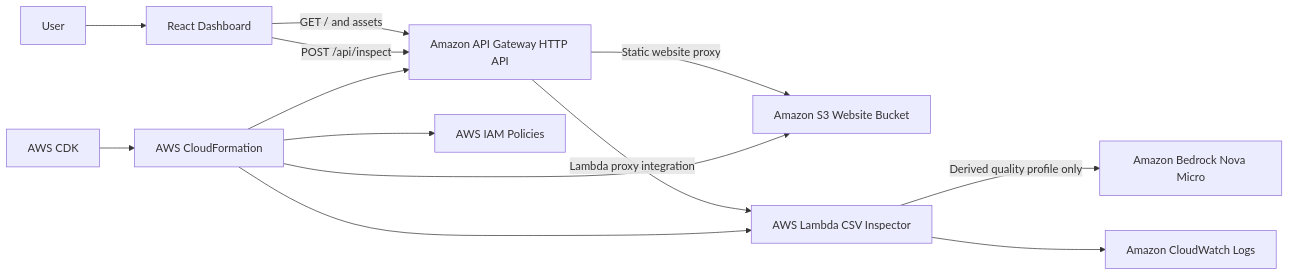
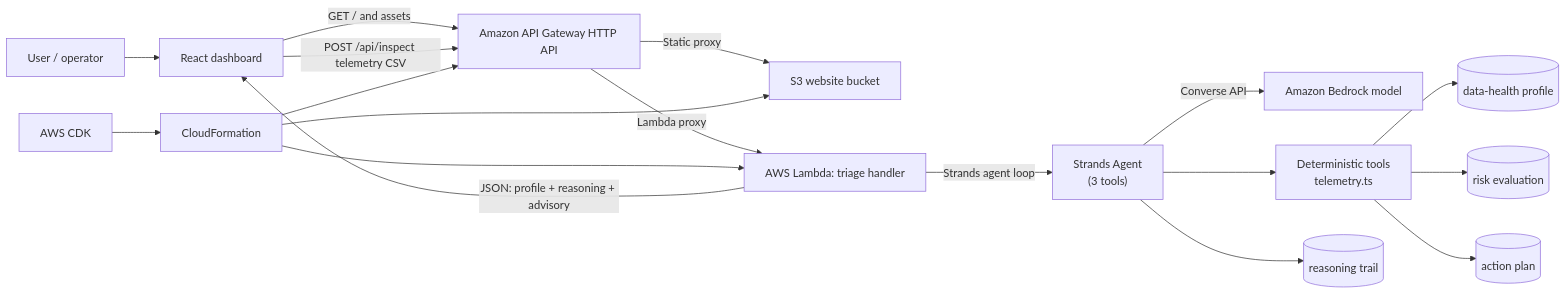
Before and after one commit to ks-exe/strands-climate-triage-agent: the diagram in README.md, drawn with Mermaid. The commit also changed other lines of this file and 18 other files, not shown here.

First line of the commit message:
Refactor into Climate Data & Incident Triage Agent (Strands SDK)

````diff
--- a/README.md
+++ b/README.md
@@ -35,19 +82,20 @@
 ```mermaid
 flowchart LR
-    user[User] --> browser[React Dashboard]
-
-    browser -->|GET / and assets| api[Amazon API Gateway HTTP API]
-    api -->|Static website proxy| s3[Amazon S3 Website Bucket]
-
-    browser -->|POST /api/inspect| api
-    api -->|Lambda proxy integration| lambda[AWS Lambda CSV Inspector]
-
-    lambda -->|Derived quality profile only| bedrock[Amazon Bedrock Nova Micro]
-    lambda --> logs[Amazon CloudWatch Logs]
-
-    cdk[AWS CDK] --> cfn[AWS CloudFormation]
-    cfn --> api
-    cfn --> s3
-    cfn --> lambda
-    cfn --> iam[AWS IAM Policies]
+  user[User / operator] --> browser[React dashboard]
+  browser -->|GET / and assets| api[Amazon API Gateway HTTP API]
+  api -->|Static proxy| s3[S3 website bucket]
+  browser -->|POST /api/inspect telemetry CSV| api
+  api -->|Lambda proxy| fn[AWS Lambda: triage handler]
+  fn -->|Strands agent loop| strands["Strands Agent\n(3 tools)"]
+  strands -->|Converse API| bedrock[Amazon Bedrock model]
+  strands --> tools["Deterministic tools\ntelemetry.ts"]
+  tools --> metrics[(data-health profile)]
+  tools --> risk[(risk evaluation)]
+  tools --> advisory[(action plan)]
+  strands --> trail[(reasoning trail)]
+  fn -->|JSON: profile + reasoning + advisory| browser
+  cdk[AWS CDK] --> cfn[CloudFormation]
+  cfn --> api
+  cfn --> fn
+  cfn --> s3
 ```
````
